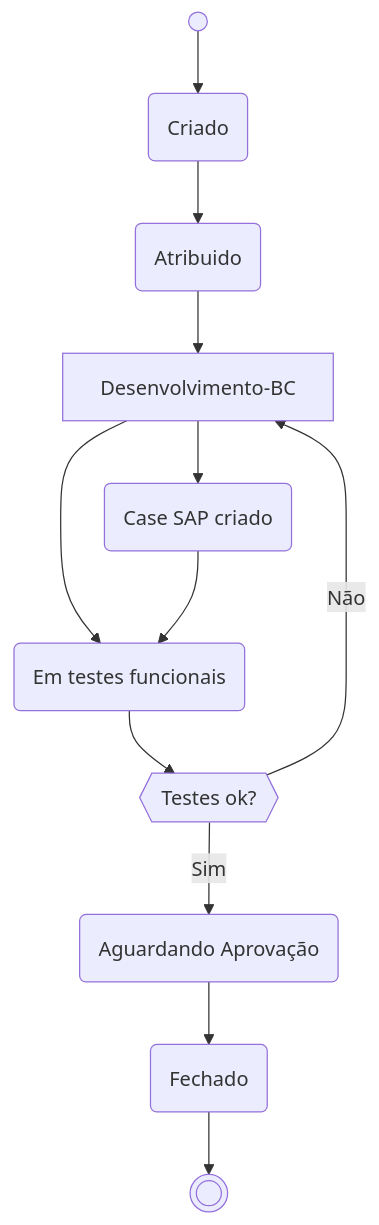
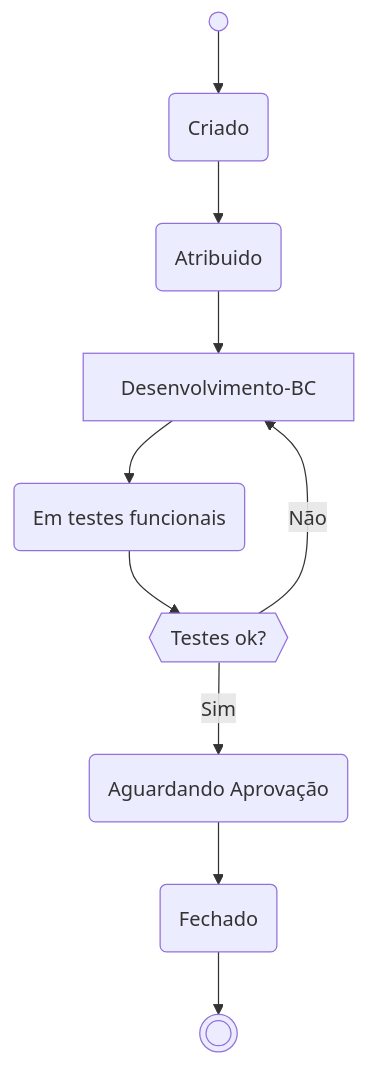
One commit to edmilson-nascimento/Quermesse changed the third of 3 diagrams in README.md. Above: the diagram before and after it, drawn with Mermaid. The commit also changed other lines of this file, not shown here.

````diff
--- a/README.md
+++ b/README.md
@@ -124,15 +124,15 @@
 ```mermaid
 flowchart TD
     start((" ")) --> Q1
     Q1(Criado) --> Q2(Atribuido)
     Q2 --> Desenvolvimento-BC
     Desenvolvimento-BC --> Q4(Em testes funcionais)
 
     Q4 --> QQ{{Testes ok?}}
     QQ -- Sim --> Q5(Aguardando Aprovação)
     QQ -- Não --> Desenvolvimento-BC
-    Desenvolvimento-BC --> Q6(Case SAP criado)
-    Q6 --> Q4
+%%  Desenvolvimento-BC --> Q6(Case SAP criado)
+%%  Q6 --> Q4
     Q5 --> Q9(Fechado)
     Q9 --> End(((" ")))
 ```
````
